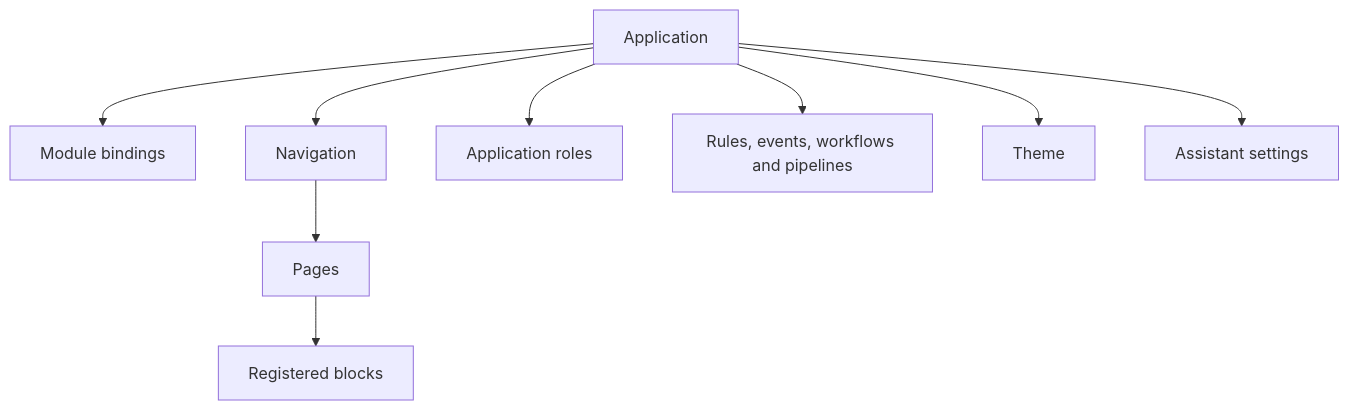
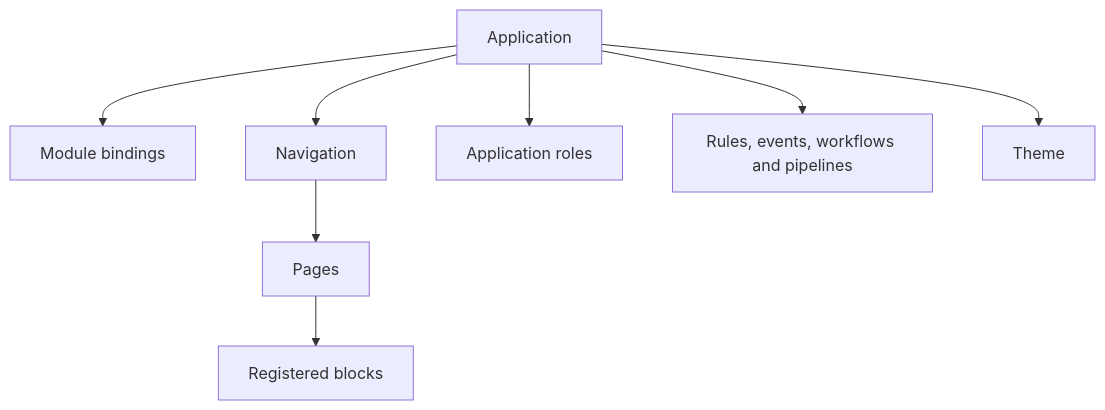
The first of 2 diagrams in docs/specification/07-applications-pages-and-themes.md (Abzum-NZ/Abzum-Vortex), drawn with Mermaid before and after one commit. The commit also changed other lines of this file and 27 other files, not shown here.

````diff
--- a/docs/specification/07-applications-pages-and-themes.md
+++ b/docs/specification/07-applications-pages-and-themes.md
@@ -9,11 +9,10 @@
 ```mermaid
 flowchart TD
     APP[Application] --> MOD[Module bindings]
     APP --> NAV[Navigation]
     NAV --> PAGE[Pages]
     PAGE --> BLOCK[Registered blocks]
     APP --> ROLE[Application roles]
     APP --> BEHAVIOUR[Rules, events, workflows and pipelines]
     APP --> THEME[Theme]
-    APP --> ASSISTANT[Assistant settings]
 ```
````
